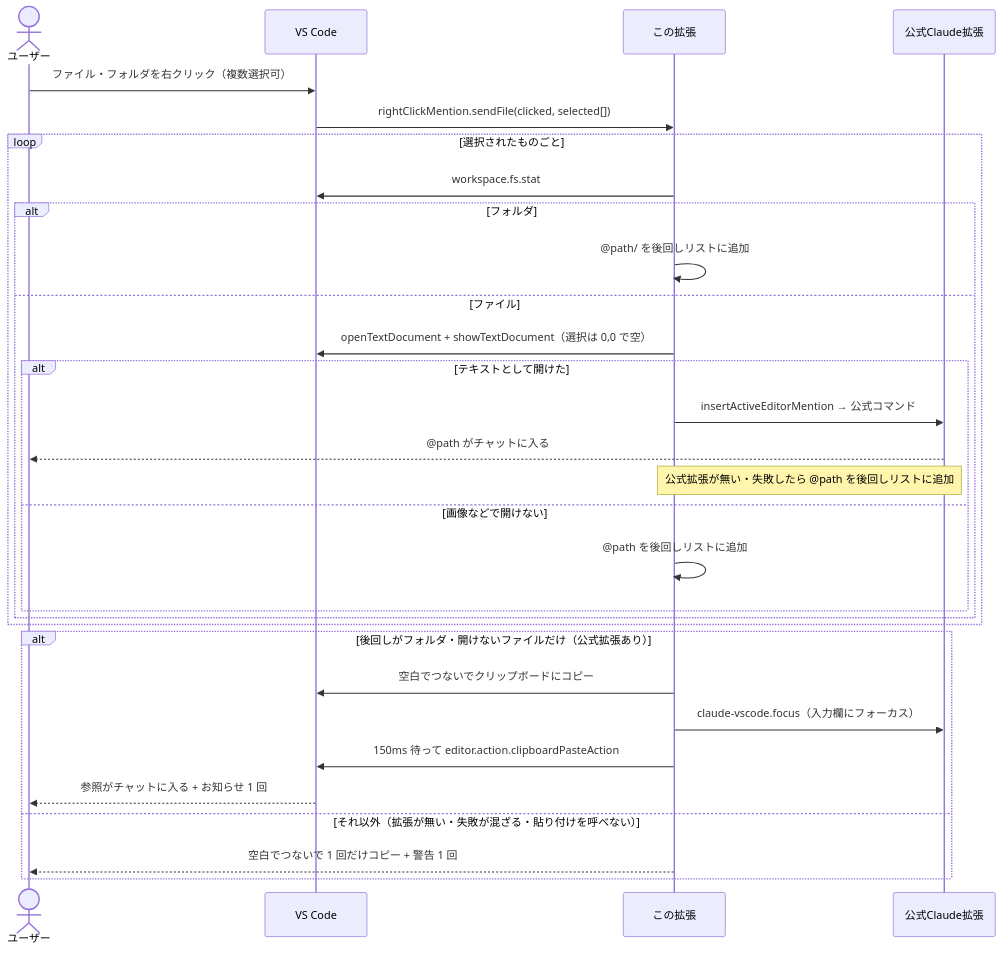
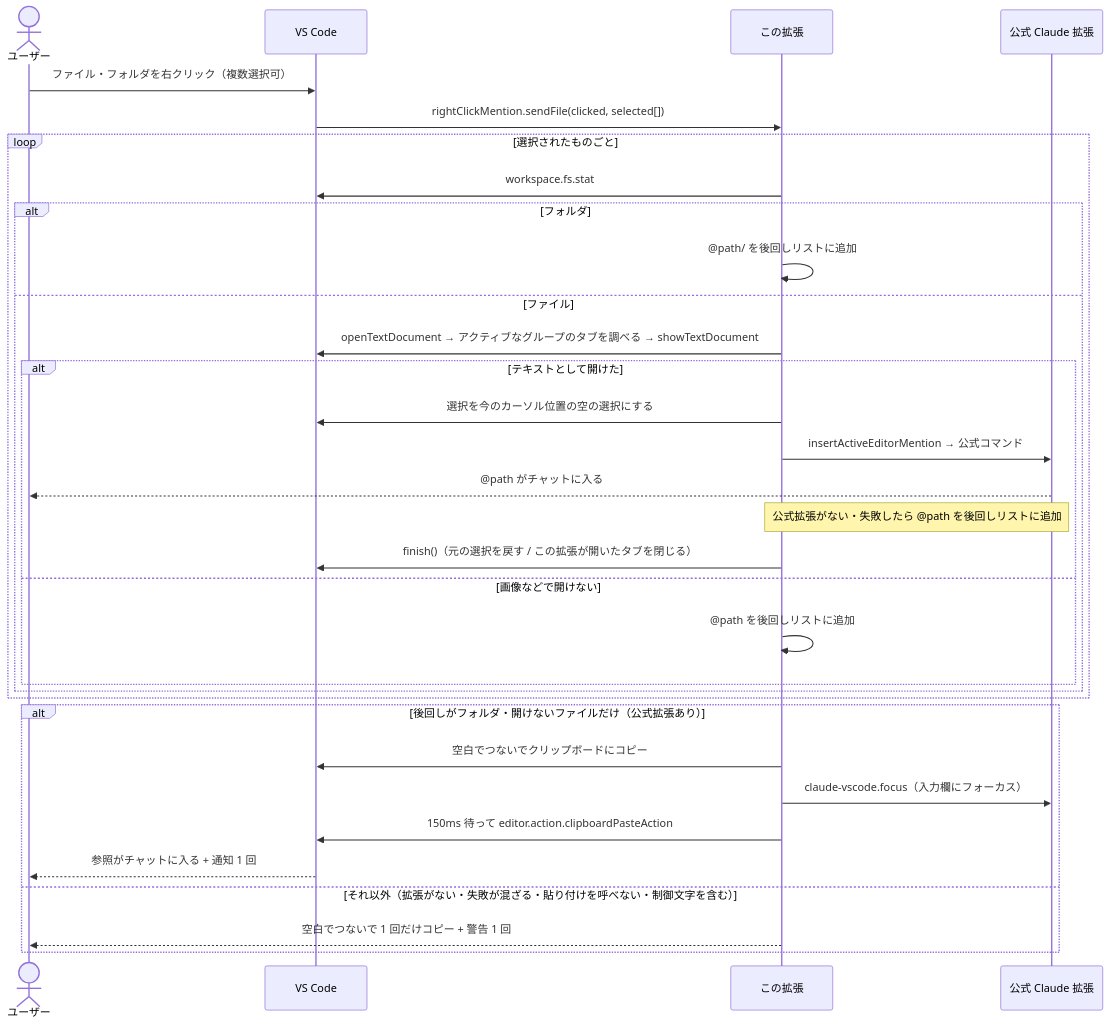
Before and after one commit to kip2/refs-to-chat: the fifth of 7 diagrams in docs/ARCHITECTURE.md, drawn with Mermaid. The commit also changed other lines of this file and 17 other files, not shown here.

````diff
--- a/docs/ARCHITECTURE.md
+++ b/docs/ARCHITECTURE.md
@@ -197,33 +205,35 @@
 ```mermaid
 sequenceDiagram
   actor U as ユーザー
   participant VS as VS Code
   participant E as この拡張
-  participant C as 公式Claude拡張
+  participant C as 公式 Claude 拡張
 
   U->>VS: ファイル・フォルダを右クリック（複数選択可）
   VS->>E: rightClickMention.sendFile(clicked, selected[])
   loop 選択されたものごと
     E->>VS: workspace.fs.stat
     alt フォルダ
       E->>E: @path/ を後回しリストに追加
     else ファイル
-      E->>VS: openTextDocument + showTextDocument（選択は 0,0 で空）
+      E->>VS: openTextDocument → アクティブなグループのタブを調べる → showTextDocument
       alt テキストとして開けた
+        E->>VS: 選択を今のカーソル位置の空の選択にする
         E->>C: insertActiveEditorMention → 公式コマンド
         C-->>U: @path がチャットに入る
-        Note over E,C: 公式拡張が無い・失敗したら @path を後回しリストに追加
+        Note over E,C: 公式拡張がない・失敗したら @path を後回しリストに追加
+        E->>VS: finish()（元の選択を戻す / この拡張が開いたタブを閉じる）
       else 画像などで開けない
         E->>E: @path を後回しリストに追加
       end
     end
   end
   alt 後回しがフォルダ・開けないファイルだけ（公式拡張あり）
     E->>VS: 空白でつないでクリップボードにコピー
     E->>C: claude-vscode.focus（入力欄にフォーカス）
     E->>VS: 150ms 待って editor.action.clipboardPasteAction
-    VS-->>U: 参照がチャットに入る + お知らせ 1 回
-  else それ以外（拡張が無い・失敗が混ざる・貼り付けを呼べない）
+    VS-->>U: 参照がチャットに入る + 通知 1 回
+  else それ以外（拡張がない・失敗が混ざる・貼り付けを呼べない・制御文字を含む）
     E-->>U: 空白でつないで 1 回だけコピー + 警告 1 回
   end
 ```
````
